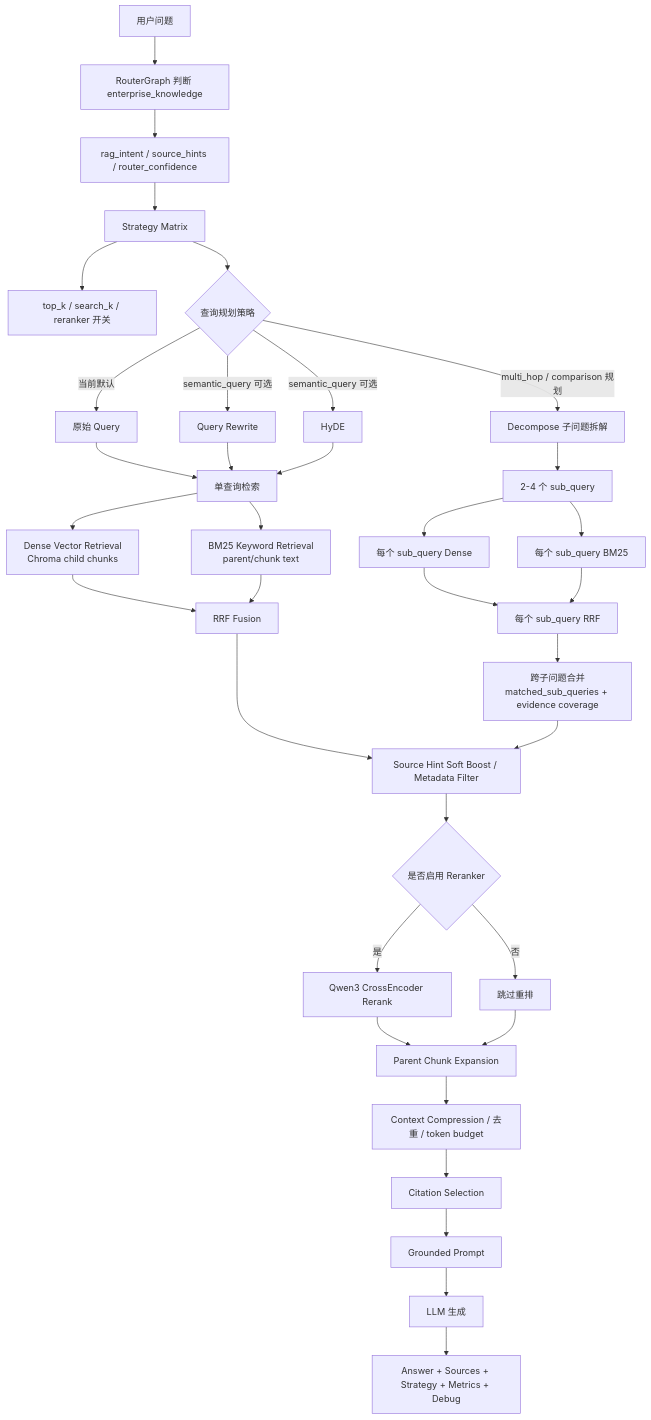
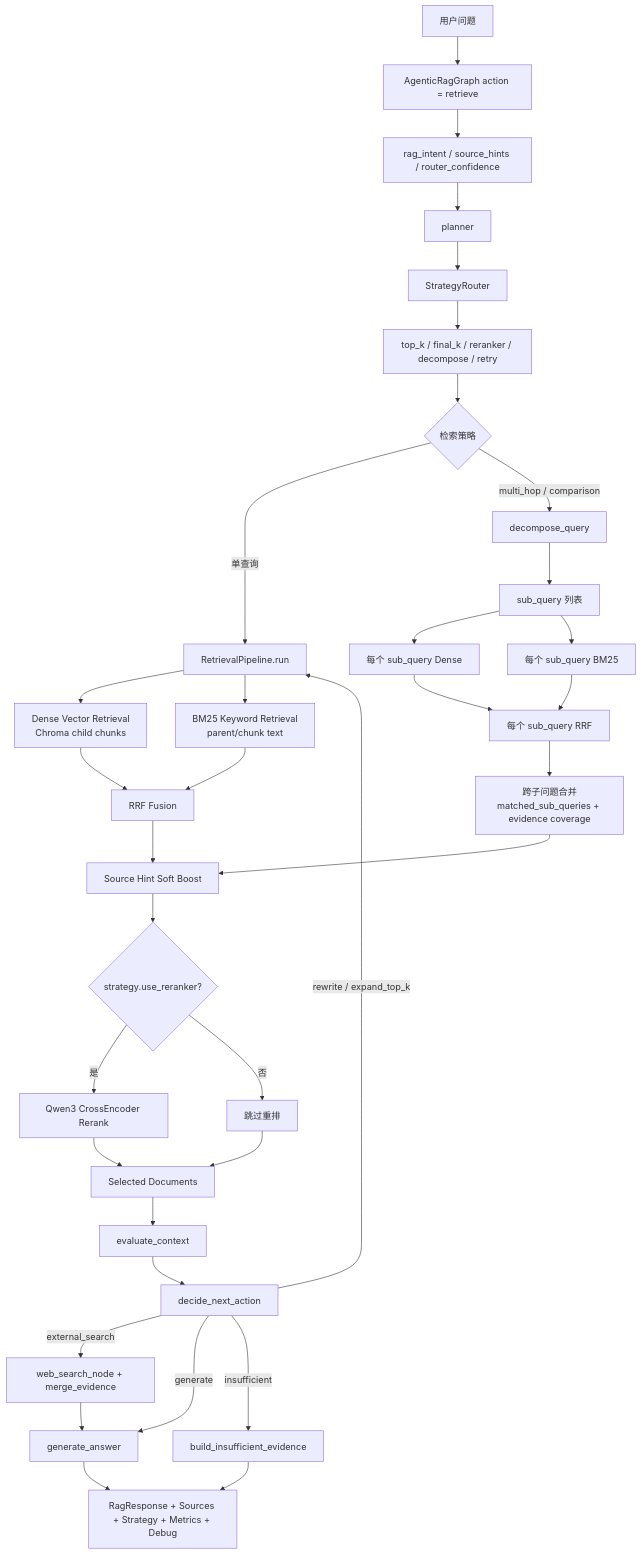
The tenth of 26 diagrams in docs/project_guide/NEXUSKB_ARCHITECTURE_DIAGRAMS.md (Aria-doufan/NexusKB-), drawn with Mermaid before and after one commit. The commit also changed other lines of this file and 13 other files, not shown here.

Commit message:
Document Agentic RAG mainline ownership

````diff
--- a/docs/project_guide/NEXUSKB_ARCHITECTURE_DIAGRAMS.md
+++ b/docs/project_guide/NEXUSKB_ARCHITECTURE_DIAGRAMS.md
@@ -505,46 +517,44 @@
 ```mermaid
 flowchart TD
-    Q[用户问题] --> R[RouterGraph 判断 enterprise_knowledge]
-    R --> SI[rag_intent / source_hints / router_confidence]
+    Q[用户问题] --> AG[AgenticRagGraph action = retrieve]
+    AG --> SI[rag_intent / source_hints / router_confidence]
 
-    SI --> MAT[Strategy Matrix]
-    MAT --> TK[top_k / search_k / reranker 开关]
-    MAT --> OPT{查询规划策略}
+    SI --> PLAN[planner]
+    PLAN --> STR[StrategyRouter]
+    STR --> TK[top_k / final_k / reranker / decompose / retry]
+    TK --> OPT{检索策略}
 
-    OPT -->|当前默认| RAW[原始 Query]
-    OPT -->|semantic_query 可选| RW[Query Rewrite]
-    OPT -->|semantic_query 可选| HYDE[HyDE]
-    OPT -->|multi_hop / comparison 规划| DEC[Decompose 子问题拆解]
-
-    RAW --> RET[单查询检索]
-    RW --> RET
-    HYDE --> RET
-    DEC --> SUB[2-4 个 sub_query]
+    OPT -->|单查询| RET[RetrievalPipeline.run]
+    OPT -->|multi_hop / comparison| DEC[decompose_query]
+    DEC --> SUB[sub_query 列表]
 
     RET --> DENSE[Dense Vector Retrieval<br/>Chroma child chunks]
     RET --> BM25[BM25 Keyword Retrieval<br/>parent/chunk text]
 
     SUB --> SD[每个 sub_query Dense]
     SUB --> SB[每个 sub_query BM25]
     SD --> SRRF[每个 sub_query RRF]
     SB --> SRRF
     SRRF --> XMERGE[跨子问题合并<br/>matched_sub_queries + evidence coverage]
 
     DENSE --> RRF[RRF Fusion]
     BM25 --> RRF
-    RRF --> BOOST[Source Hint Soft Boost / Metadata Filter]
+    RRF --> BOOST[Source Hint Soft Boost]
     XMERGE --> BOOST
 
-    BOOST --> RERANK{是否启用 Reranker}
+    BOOST --> RERANK{strategy.use_reranker?}
     RERANK -->|是| RK[Qwen3 CrossEncoder Rerank]
     RERANK -->|否| SKIP[跳过重排]
 
-    RK --> PARENT[Parent Chunk Expansion]
-    SKIP --> PARENT
-
-    PARENT --> COMP[Context Compression / 去重 / token budget]
-    COMP --> CIT[Citation Selection]
-    CIT --> PROMPT[Grounded Prompt]
-    PROMPT --> LLM[LLM 生成]
-    LLM --> ANS[Answer + Sources + Strategy + Metrics + Debug]
+    RK --> SELECT[Selected Documents]
+    SKIP --> SELECT
+    SELECT --> EVAL[evaluate_context]
+    EVAL --> DECIDE[decide_next_action]
+    DECIDE -->|rewrite / expand_top_k| RET
+    DECIDE -->|external_search| WEB[web_search_node + merge_evidence]
+    WEB --> GEN[generate_answer]
+    DECIDE -->|generate| GEN
+    DECIDE -->|insufficient| INSUF[build_insufficient_evidence]
+    GEN --> ANS[RagResponse + Sources + Strategy + Metrics + Debug]
+    INSUF --> ANS
 ```
````
